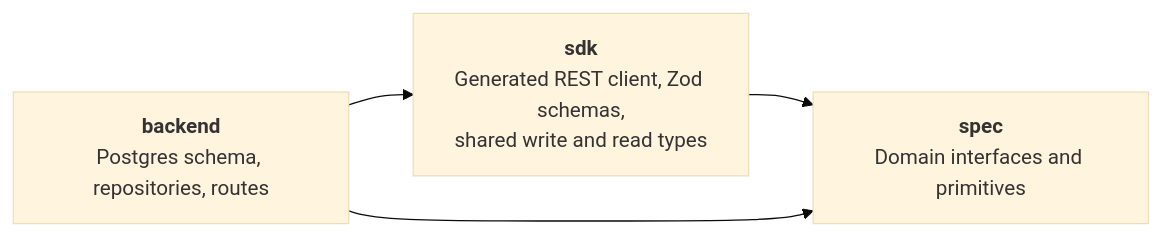
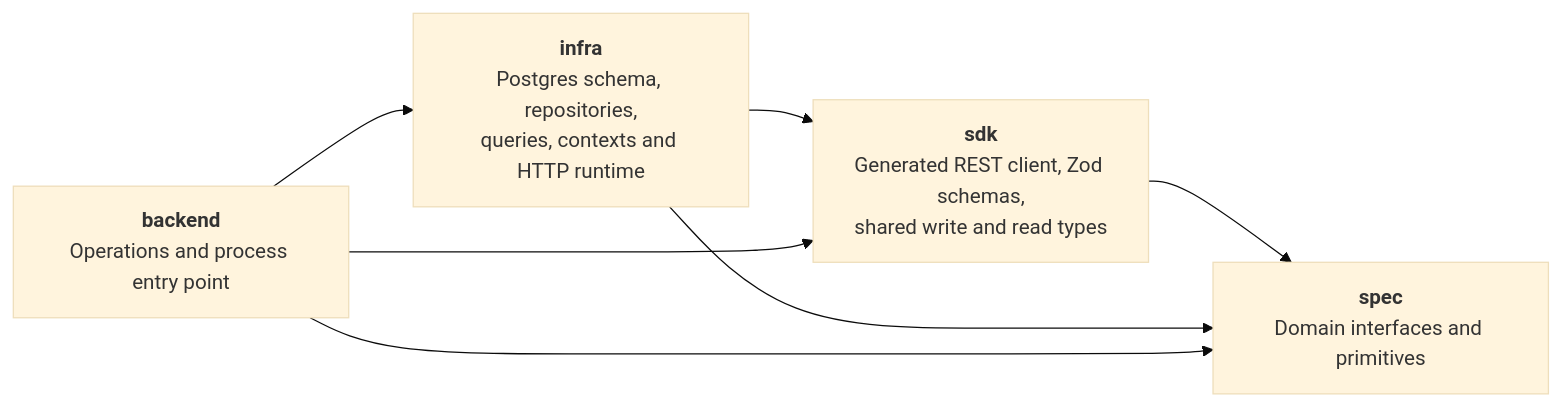
One commit to Ciantic/experiment-with-ts-spec changed the second of 2 diagrams in README.md. Above: the diagram before and after it, drawn with Mermaid (base theme). The commit also changed other lines of this file and 118 other files, not shown here.

Commit message:
Refactor: Split backend to separate infra package (2)

````diff
--- a/README.md
+++ b/README.md
@@ -95,10 +110,14 @@
 ```mermaid
 flowchart LR
     spec["<b>spec</b><br/>Domain interfaces and primitives"]
-    backend["<b>backend</b><br/>Postgres schema, repositories, routes"]
     sdk["<b>sdk</b><br/>Generated REST client, Zod schemas,<br/>shared write and read types"]
+    infra["<b>infra</b><br/>Postgres schema, repositories,<br/>queries, contexts and HTTP runtime"]
+    backend["<b>backend</b><br/>Operations and process entry point"]
 
     sdk --> spec
+    infra --> spec
+    infra --> sdk
+    backend --> infra
     backend --> spec
     backend --> sdk
 ```
````
